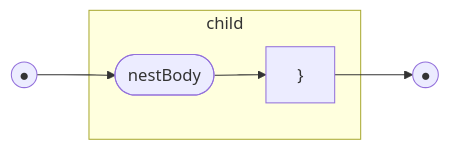
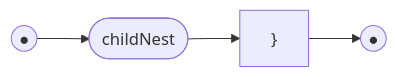
One commit to billhails/CEKF changed diagram 45 of 59 in docs/railroad.md. Above: the diagram before and after it, drawn with Mermaid. The commit also changed other lines of this file and 1 other file, not shown here.

````diff
--- a/docs/railroad.md
+++ b/docs/railroad.md
@@ -636,10 +665,8 @@
 ```mermaid
 flowchart LR
 s(("●"))
 e(("●"))
-subgraph child
-body([nestBody]) --> rcurly["}"]
-end
+body([childNest]) --> rcurly["}"]
 s --> body
 rcurly --> e
 ```
````
